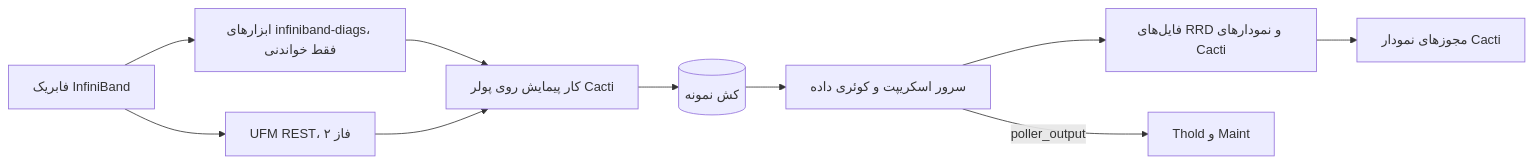
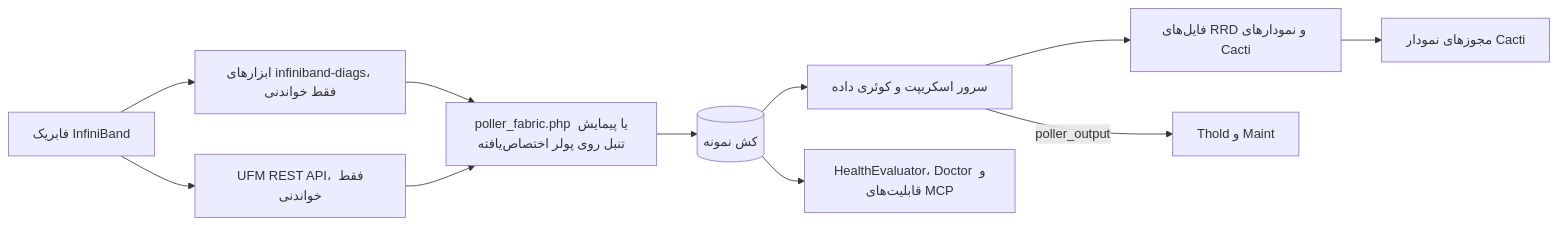
One commit to somethingwithproof/plugin_fabric changed the diagram in docs/i18n/fa-IR/README.md. Above: the diagram before and after it, drawn with Mermaid. The commit also changed other lines of this file and 48 other files, not shown here.

````diff
--- a/docs/i18n/fa-IR/README.md
+++ b/docs/i18n/fa-IR/README.md
@@ -94,12 +132,13 @@
 ```mermaid
 flowchart LR
     F[فابریک InfiniBand] --> T[ابزارهای infiniband-diags، فقط خواندنی]
-    F --> U[UFM REST، فاز ۲]
-    T --> S[کار پیمایش روی پولر Cacti]
+    F --> U[UFM REST API، فقط خواندنی]
+    T --> S[poller_fabric.php یا پیمایش تنبل روی پولر اختصاص‌یافته]
     U --> S
     S --> C[(کش نمونه)]
     C --> SS[سرور اسکریپت و کوئری داده]
     SS --> R[فایل‌های RRD و نمودارهای Cacti]
     SS -->|poller_output| TH[Thold و Maint]
+    C --> H[HealthEvaluator، Doctor و قابلیت‌های MCP]
     R --> P[مجوزهای نمودار Cacti]
 ```
````
